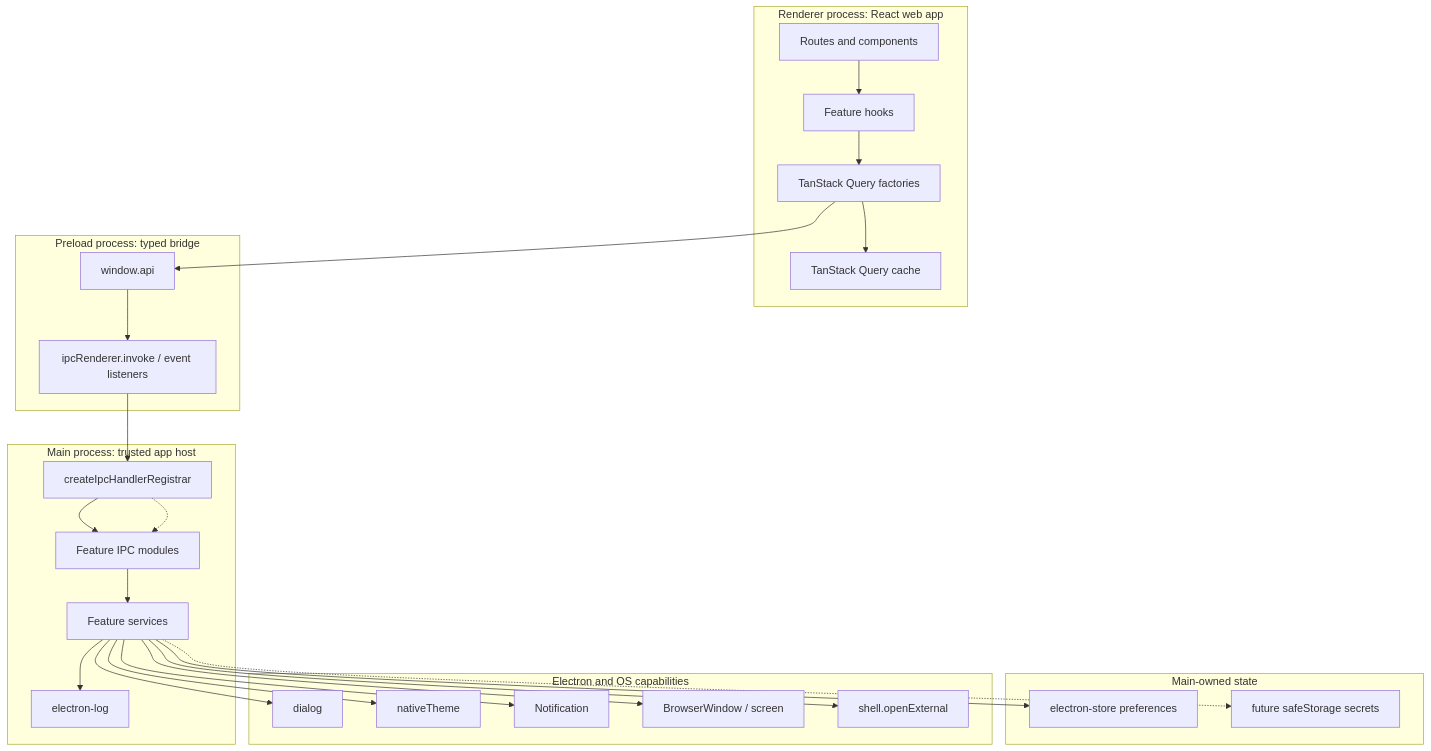
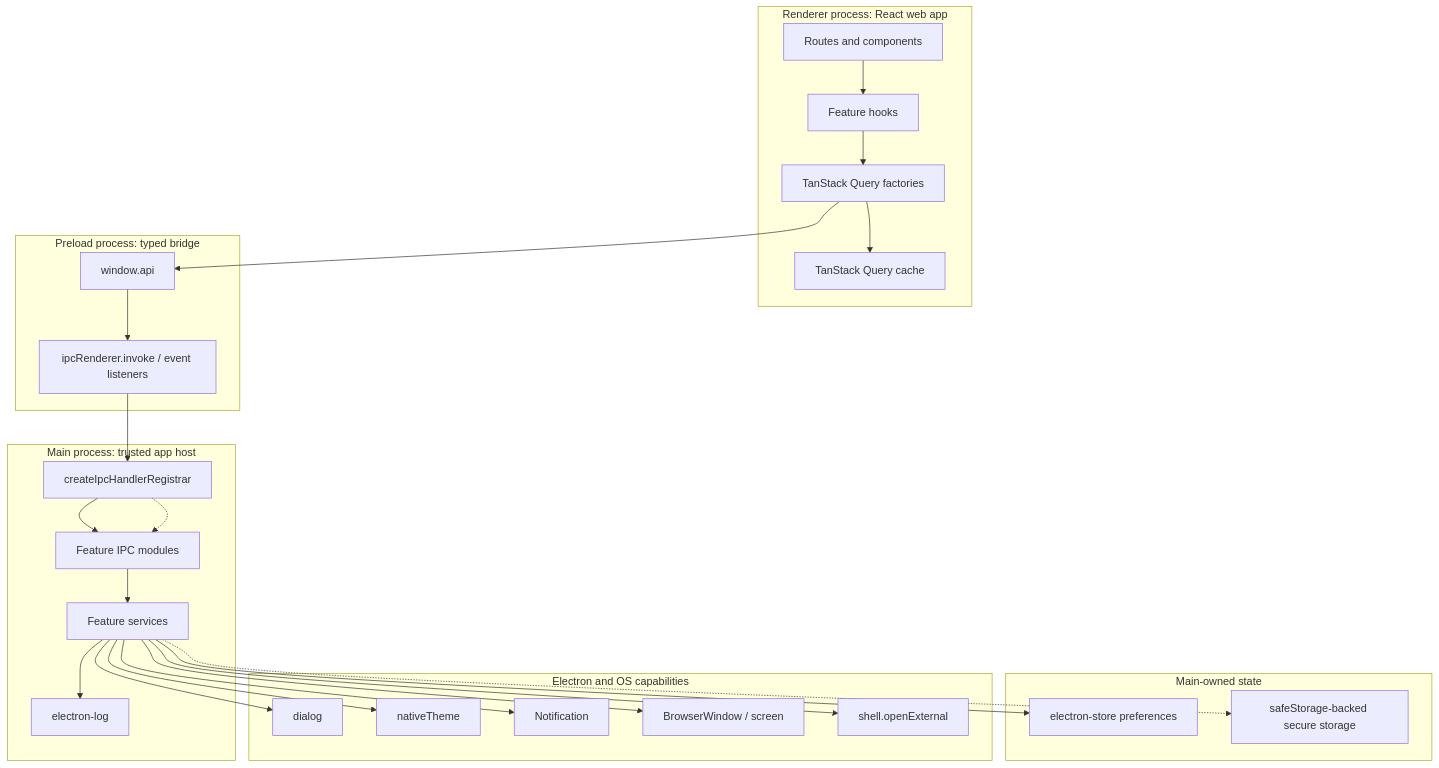
Before and after one commit to AchuAshwath/electron-react-starter-kit: the first of 2 diagrams in docs/README.md, drawn with Mermaid. The commit also changed other lines of this file and 21 other files, not shown here.

First line of the commit message:
chore: added route error boundaries, bug fix and docs update on auth lifecycle, secure storage (#20)

````diff
--- a/docs/README.md
+++ b/docs/README.md
@@ -11,49 +11,49 @@
 ```mermaid
 flowchart TB
 	subgraph Renderer["Renderer process: React web app"]
 		Routes["Routes and components"]
 		Hooks["Feature hooks"]
 		Queries["TanStack Query factories"]
 		Cache["TanStack Query cache"]
 		Routes --> Hooks --> Queries --> Cache
 	end
 
 	subgraph Preload["Preload process: typed bridge"]
 		WindowApi["window.api"]
 		Invoke["ipcRenderer.invoke / event listeners"]
 		WindowApi --> Invoke
 	end
 
 	subgraph Main["Main process: trusted app host"]
 		Registrar["createIpcHandlerRegistrar"]
 		FeatureIpc["Feature IPC modules"]
 		Services["Feature services"]
 		Logger["electron-log"]
 		Registrar --> FeatureIpc --> Services
 		Services --> Logger
 	end
 
 	subgraph State["Main-owned state"]
 		Settings["electron-store preferences"]
-		Secrets["future safeStorage secrets"]
+		Secrets["safeStorage-backed secure storage"]
 	end
 
 	subgraph Platform["Electron and OS capabilities"]
 		Dialogs["dialog"]
 		Theme["nativeTheme"]
 		Notifications["Notification"]
 		Window["BrowserWindow / screen"]
 		Shell["shell.openExternal"]
 	end
 
 	Queries --> WindowApi
 	Invoke --> Registrar
 	Registrar -.-> FeatureIpc
 	Services --> Settings
 	Services -.-> Secrets
 	Services --> Dialogs
 	Services --> Theme
 	Services --> Notifications
 	Services --> Window
 	Services --> Shell
 ```
````
